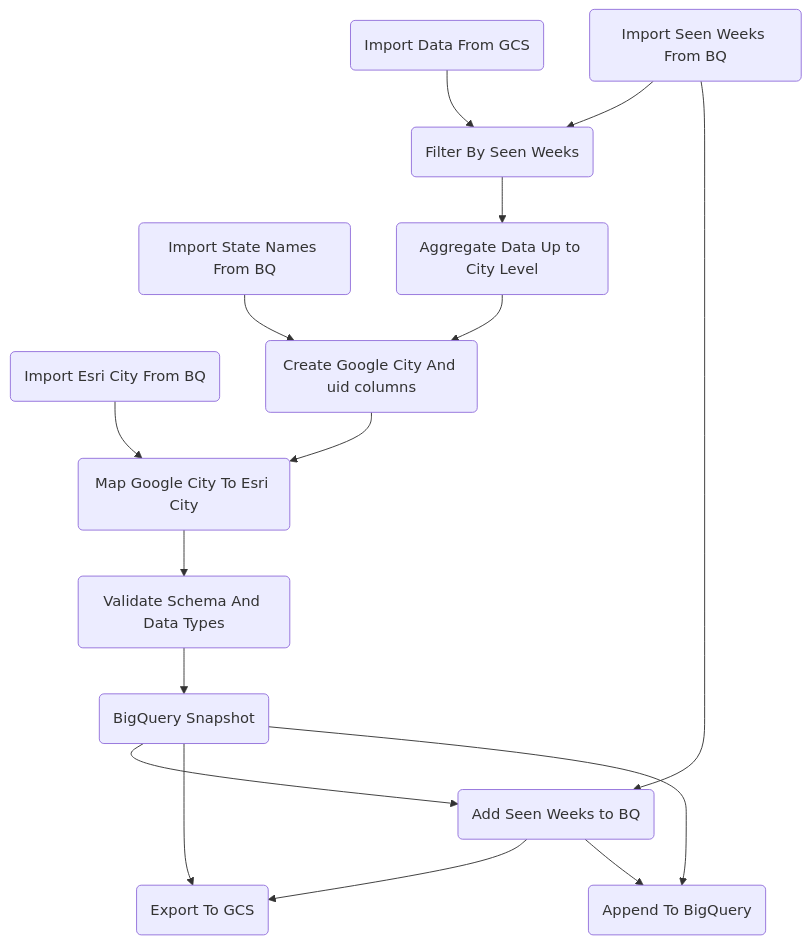
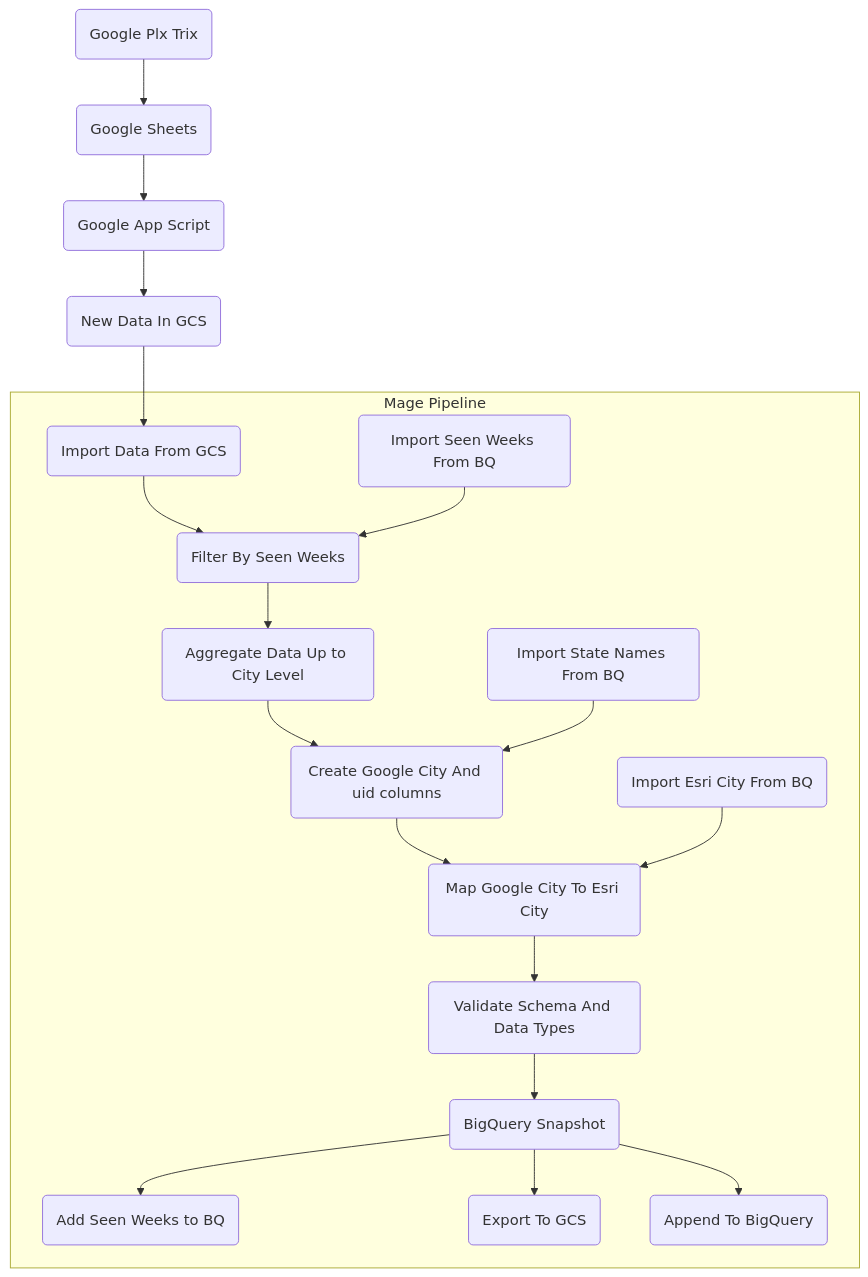
The diagram in documentation/pipelines/us_activations.md (CarrierOps/1P-Wiki), drawn with Mermaid before and after one commit. The commit also changed 1 other file, not shown here.

Commit message:
Flowchart edits

````diff
--- a/documentation/pipelines/us_activations.md
+++ b/documentation/pipelines/us_activations.md
@@ -9,32 +9,40 @@
 ```mermaid
 flowchart TD
+id0(Google Plx Trix)
+id00(Google Sheets)
+id000(Google App Script)
+id0000(New Data In GCS)
+id0-->id00
+id00 --> id000
+id000 --> id0000
+id0000 -->id1
+
+subgraph Mage Pipeline
 id1(Import Data From GCS)
 id2(Import State Names From BQ)
 id3(Import Seen Weeks From BQ)
 id4(Import Esri City From BQ)
 id5(Filter By Seen Weeks)
 id1 --> id5
 id3 --> id5
 id6(Aggregate Data Up to City Level)
 id5 --> id6
 id7(Create Google City And uid columns)
 id6 --> id7
 id2 --> id7
 id8(Map Google City To Esri City)
 id7 --> id8
 id4 --> id8
 id9(Validate Schema And Data Types)
 id8 --> id9
 id10(BigQuery Snapshot)
 id9 --> id10
 id11(Add Seen Weeks to BQ)
 id10 --> id11
-id3 --> id11
 id12(Export To GCS)
-id11 --> id12
 id13(Append To BigQuery)
-id11 --> id13
 id10 --> id12
 id10 -->id13
+end
 
 ```
````
